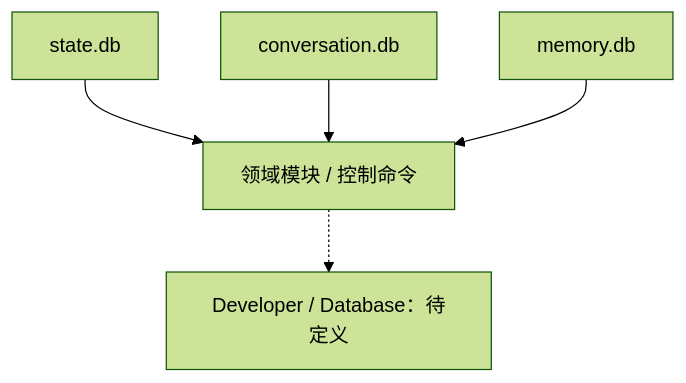
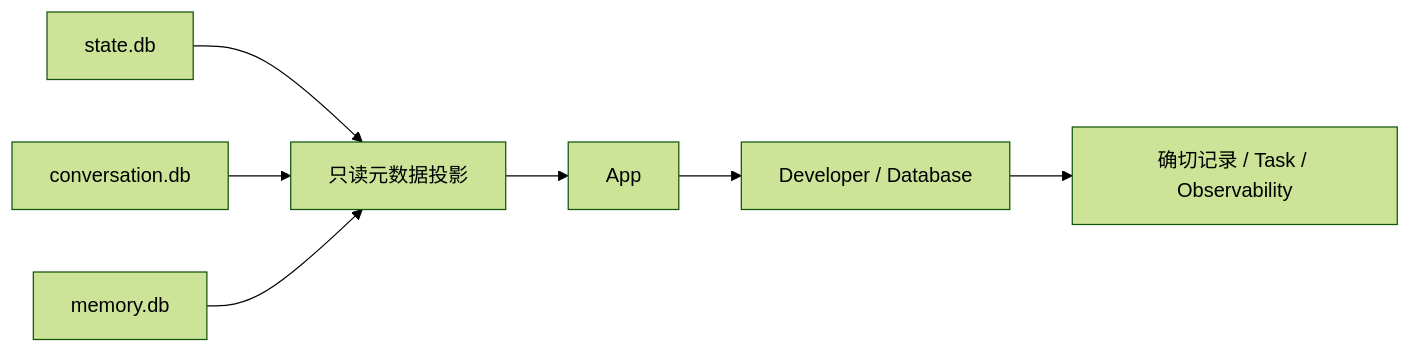
Before and after one commit to z-chenhao/assistant: the diagram in docs/designs/database.md, drawn with Mermaid (forest theme). The commit also changed other lines of this file and 30 other files, not shown here.

Commit message:
feat(developer): add scoped read-only database inspection (#142)

````diff
--- a/docs/designs/database.md
+++ b/docs/designs/database.md
@@ -11,7 +9,9 @@
 ```mermaid
-flowchart TD
-    S["state.db"] --> O["领域模块 / 控制命令"]
-    C["conversation.db"] --> O
-    M["memory.db"] --> O
-    O -.-> D["Developer / Database：待定义"]
+flowchart LR
+    S["state.db"] --> R["只读元数据投影"]
+    C["conversation.db"] --> R
+    M["memory.db"] --> R
+    R --> A["App"]
+    A --> W["Developer / Database"]
+    W --> O["确切记录 / Task / Observability"]
 ```
````
